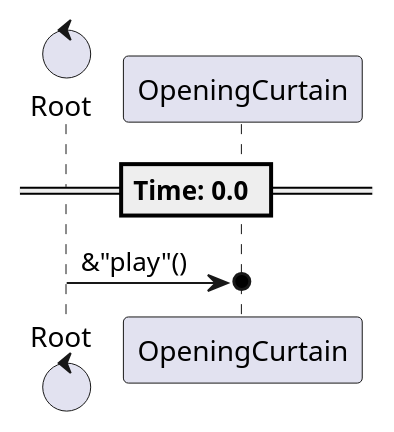
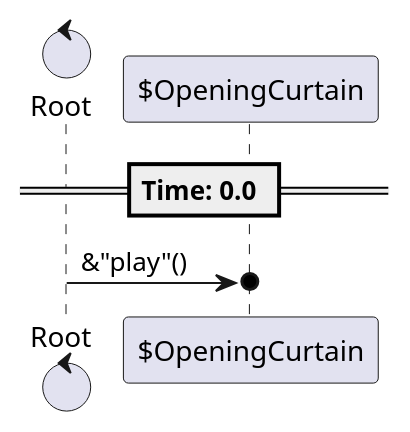
Before and after one commit to tkmfujise/Platformer-Game-Learning: the second of 2 diagrams in content/scenes/src/chapters/0/stages/0/stage_0.tscn.adoc, drawn with PlantUML. The commit also changed 31 other files, not shown here.

Commit message:
Add prefix $ to node name in animation sequences

```diff
--- a/content/scenes/src/chapters/0/stages/0/stage_0.tscn.adoc
+++ b/content/scenes/src/chapters/0/stages/0/stage_0.tscn.adoc
@@ -195,12 +195,12 @@
 [plantuml]
 ....
-control "Root" as Root
-participant "OpeningCurtain" as T0
+control "Root" as R
+participant "$OpeningCurtain" as T0
 
 
 
 == Time: 0.0 ==
-Root  ->o  T0 : &"play"()
+R  ->o  T0 : &"play"()
 
 
 ....
```
